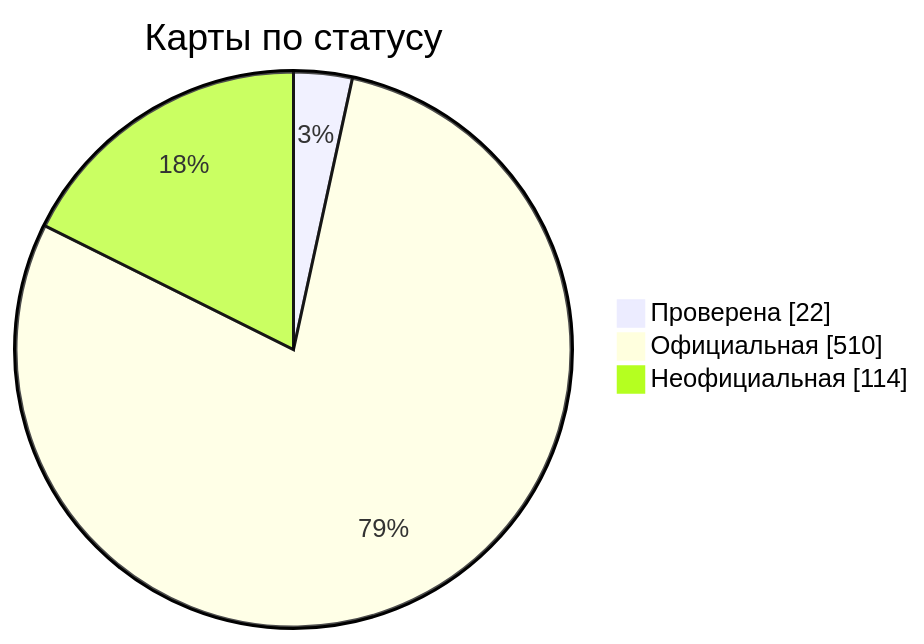
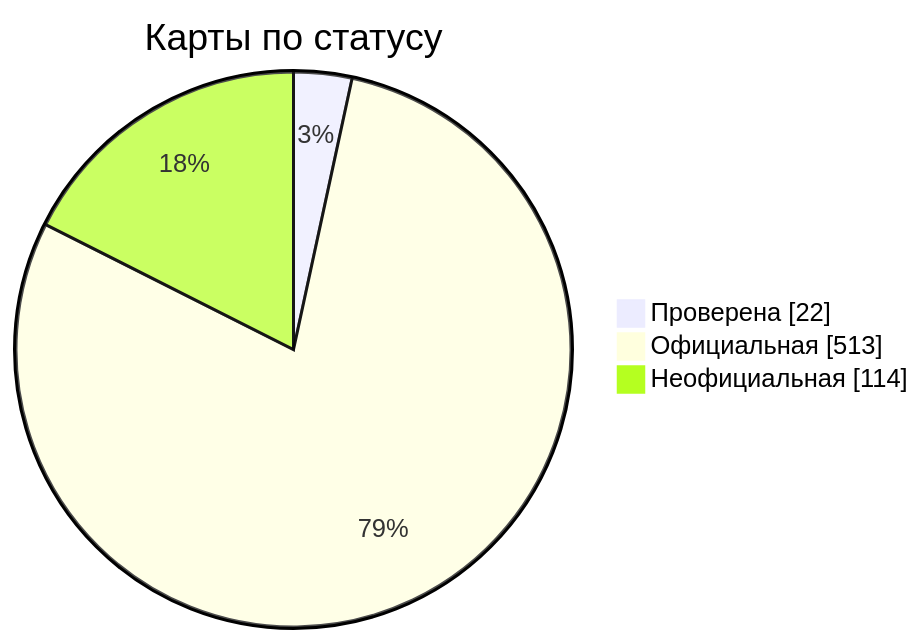
One commit to nobrega8/mbmap-library changed the diagram in docs/readme/README_RU.md. Above: the diagram before and after it, drawn with Mermaid. The commit also changed 8 other files, not shown here.

````diff
--- a/docs/readme/README_RU.md
+++ b/docs/readme/README_RU.md
@@ -54,7 +54,7 @@
 ```mermaid
 pie showData
     title Карты по статусу
     "Проверена" : 22
-    "Официальная" : 510
+    "Официальная" : 513
     "Неофициальная" : 114
 ```
````
